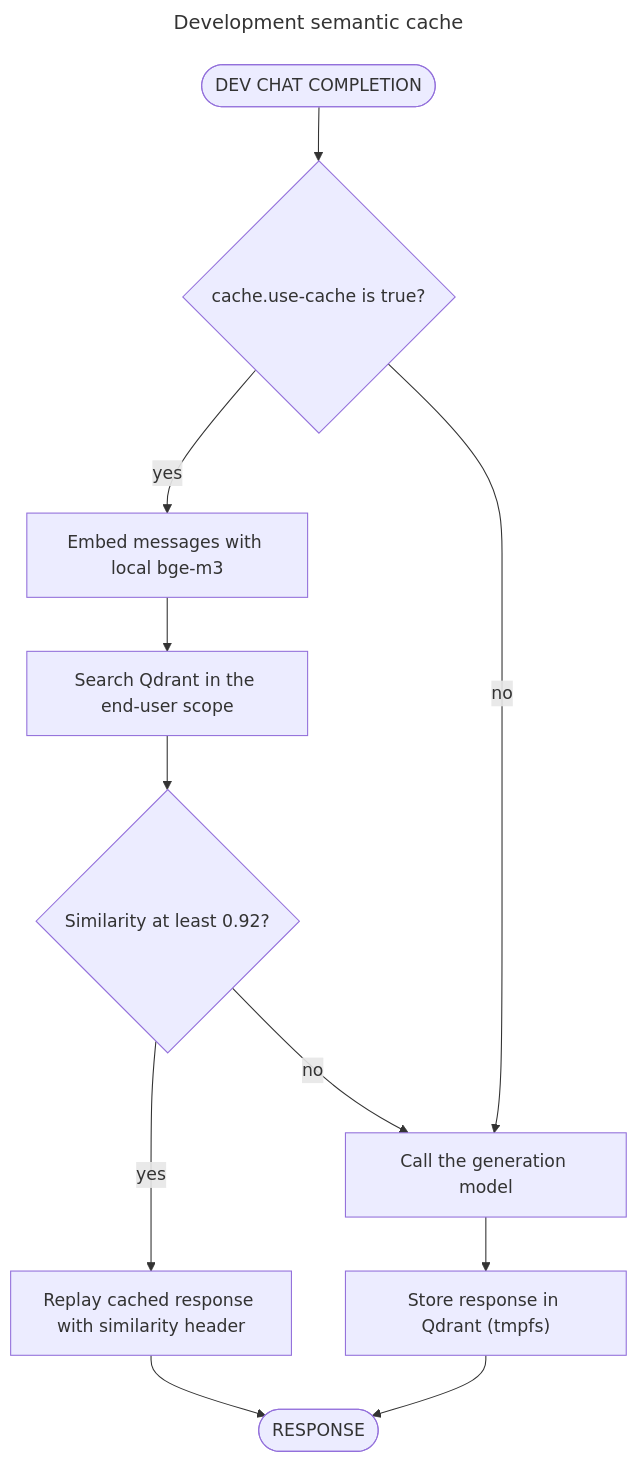
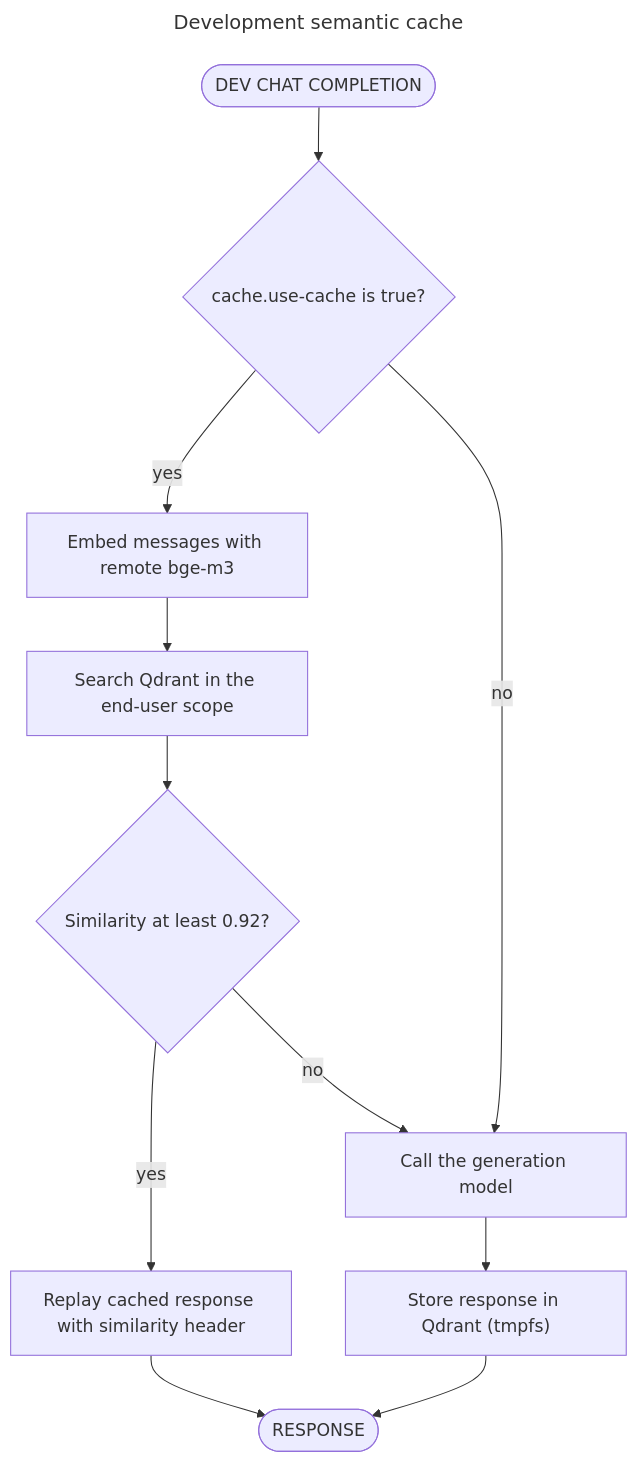
Before and after one commit to bella-1337/effective-spoon: the diagram in diagrams/12-semantic-cache-flow.mmd, drawn with Mermaid. The commit also changed 46 other files, not shown here.

```diff
--- a/diagrams/12-semantic-cache-flow.mmd
+++ b/diagrams/12-semantic-cache-flow.mmd
@@ -1,28 +1,28 @@
 ---
 title: Development semantic cache
 ---
 flowchart TD
   %% Source for 12-semantic-cache-flow.html. Edit this file, then run ./scripts/render-diagrams.py.
   %% Directives: docs in diagrams/README.md (Updating diagrams).
   %% @subtitle How litellm-dev decides between replaying a cached answer from Qdrant and calling the model
 
   S(["DEV CHAT COMPLETION"])
   OPT{"cache.use-cache is true?"}
-  EMB["Embed messages with local bge-m3"]
+  EMB["Embed messages with remote bge-m3"]
   Q["Search Qdrant in the end-user scope"]
   HIT{"Similarity at least 0.92?"}
   REP["Replay cached response with similarity header"]
   GEN["Call the generation model"]
   STO["Store response in Qdrant (tmpfs)"]
   E(["RESPONSE"])
 
   S --> OPT
   OPT -->|"yes"| EMB
   OPT -->|"no"| GEN
   EMB --> Q
   Q --> HIT
   HIT -->|"yes"| REP
   HIT -->|"no"| GEN
   GEN --> STO
   REP --> E
   STO --> E
```
